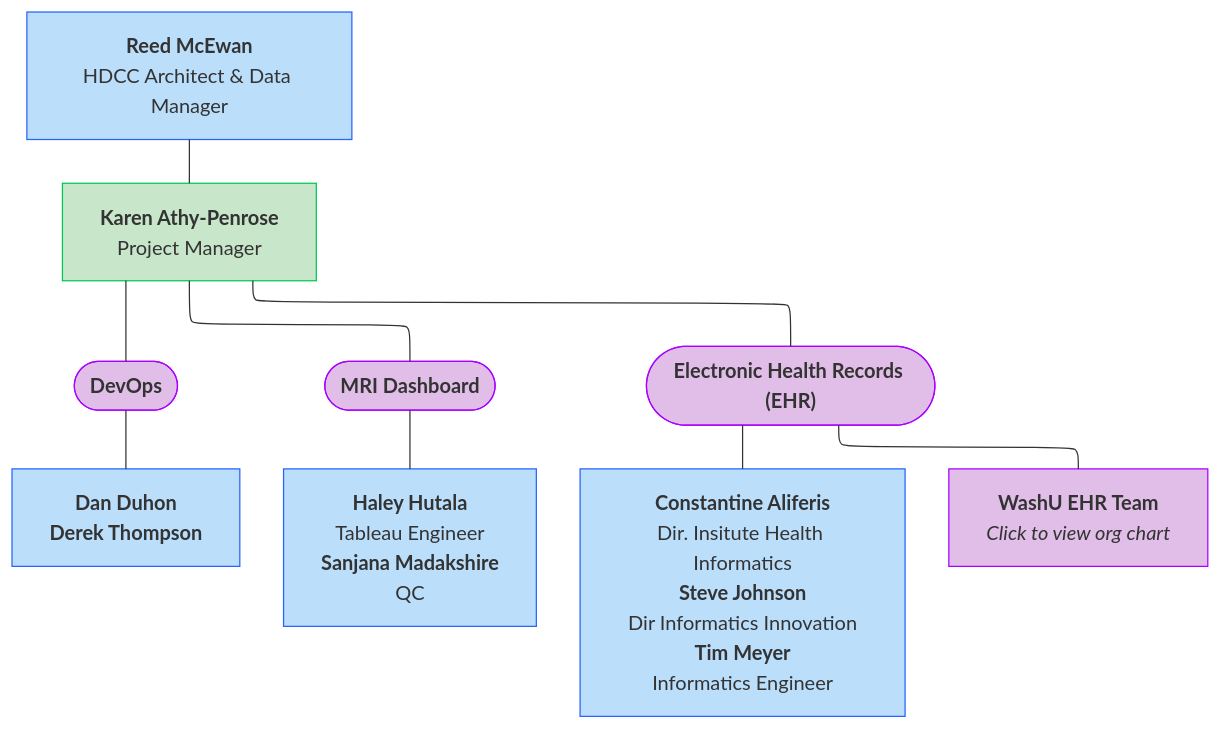
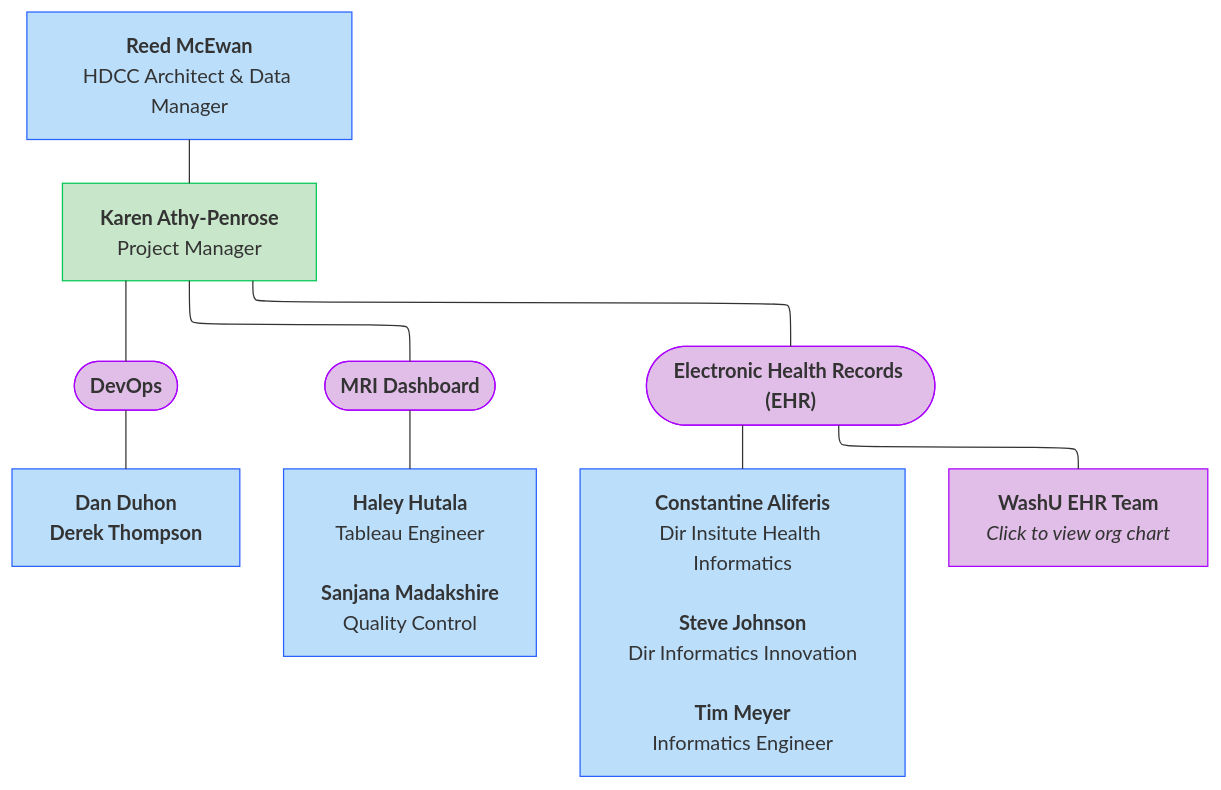
One commit to DCAN-Labs/hbcd-docs-internal changed the fifth of 9 diagrams in docs/orgcharts.md. Above: the diagram before and after it, drawn with Mermaid. The commit also changed other lines of this file, not shown here.

Commit message:
spell out HST abbreviations

````diff
--- a/docs/orgcharts.md
+++ b/docs/orgcharts.md
@@ -252,22 +253,24 @@
 ```mermaid
 ---
 config:
   layout: elk
 ---
 flowchart TB
-    B["<b>Karen Athy-Penrose</b><br>Project Manager"] --- n2(["<b>DevOps</b>"]) & n3(["<b>MRI Dashboard</b>"]) & n4(["<b>Electronic Health Records (EHR)</b>"])
+    B["<b>Karen Athy-Penrose</b><br>Project Manager"] --- n2(["<b>DevOps</b>"])
+    B --- n3(["<b>MRI Dashboard</b>"]) & n4(["<b>Electronic Health Records (EHR)</b>"])
     n2 --- F["<b>Dan Duhon<br>Derek Thompson</b>"]
-    n3 --- G["<b>Haley Hutala</b><br>Tableau Engineer<br><b>Sanjana Madakshire</b><br>QC"]
-    n4 --- H["<b>Constantine Aliferis</b><br>Dir. Insitute Health Informatics<br><b>Steve Johnson</b><br>Dir Informatics Innovation<br><b>Tim Meyer</b><br>Informatics Engineer"] & n5["<b>WashU EHR Team<br></b><i>Click to view org chart</i>"]
+    n3 --- G["<b>Haley Hutala</b><br>Tableau Engineer<br><br><b>Sanjana Madakshire</b><br>Quality Control"]
+    n4 --- H["<b>Constantine Aliferis</b><br>Dir Insitute Health Informatics<br><br><b>Steve Johnson</b><br>Dir Informatics Innovation<br><br><b>Tim Meyer</b><br>Informatics Engineer"]
+    n4 --- n5["<b>WashU EHR Team<br></b><i>Click to view org chart</i>"]
     E["<b>Reed McEwan</b><br>HDCC Architect &amp; Data Manager"] --- B
     style B fill:#C8E6C9,stroke:#00C853
     style n2 fill:#E1BEE7,stroke:#AA00FF
     style n3 fill:#E1BEE7,stroke:#AA00FF
     style n4 fill:#E1BEE7,stroke:#AA00FF
     style F fill:#BBDEFB,stroke:#2962FF
     style G fill:#BBDEFB,stroke:#2962FF
     style H fill:#BBDEFB,stroke:#2962FF
     style n5 fill:#E1BEE7,stroke:#AA00FF
     style E fill:#BBDEFB,stroke:#2962FF
     click n5 "#washu"
 ```
````
